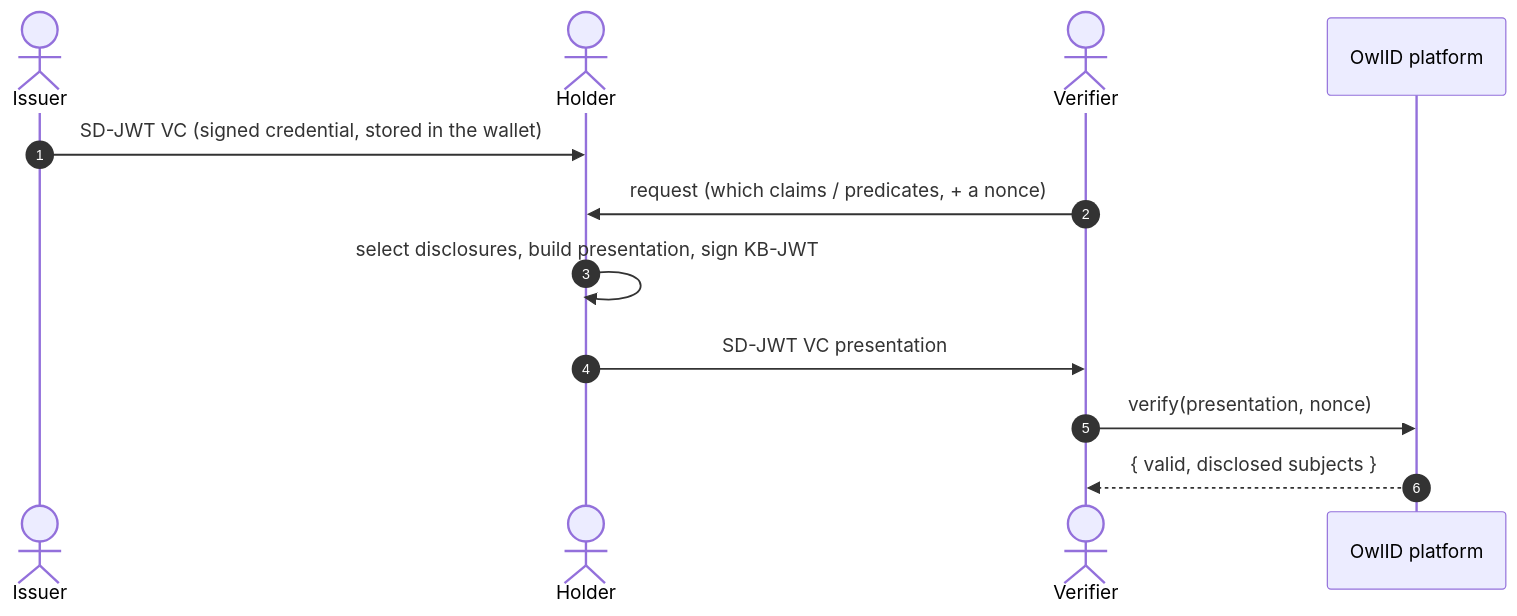
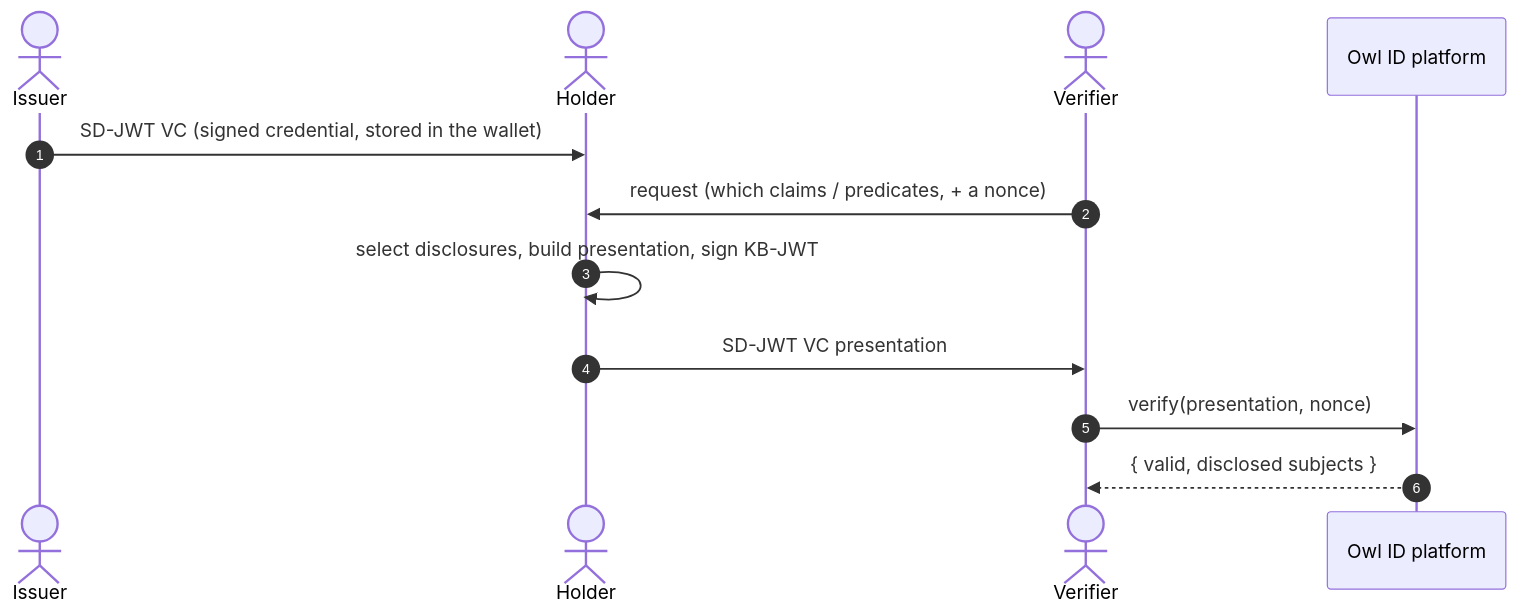
The first of 2 diagrams in packages/docs-site/docs/architecture/overview.md (TriplePlayLabs/OWLID_RELEASE), drawn with Mermaid before and after one commit. The commit also changed other lines of this file and 228 other files, not shown here.

````diff
--- a/packages/docs-site/docs/architecture/overview.md
+++ b/packages/docs-site/docs/architecture/overview.md
@@ -13,14 +13,14 @@
 ```mermaid
 sequenceDiagram
     autonumber
     actor Issuer
     actor Holder
     actor Verifier
-    participant Owl as OwlID platform
+    participant Owl as Owl ID platform
     Issuer->>Holder: SD-JWT VC (signed credential, stored in the wallet)
     Verifier->>Holder: request (which claims / predicates, + a nonce)
     Holder->>Holder: select disclosures, build presentation, sign KB-JWT
     Holder->>Verifier: SD-JWT VC presentation
     Verifier->>Owl: verify(presentation, nonce)
     Owl-->>Verifier: { valid, disclosed subjects }
 ```
````
